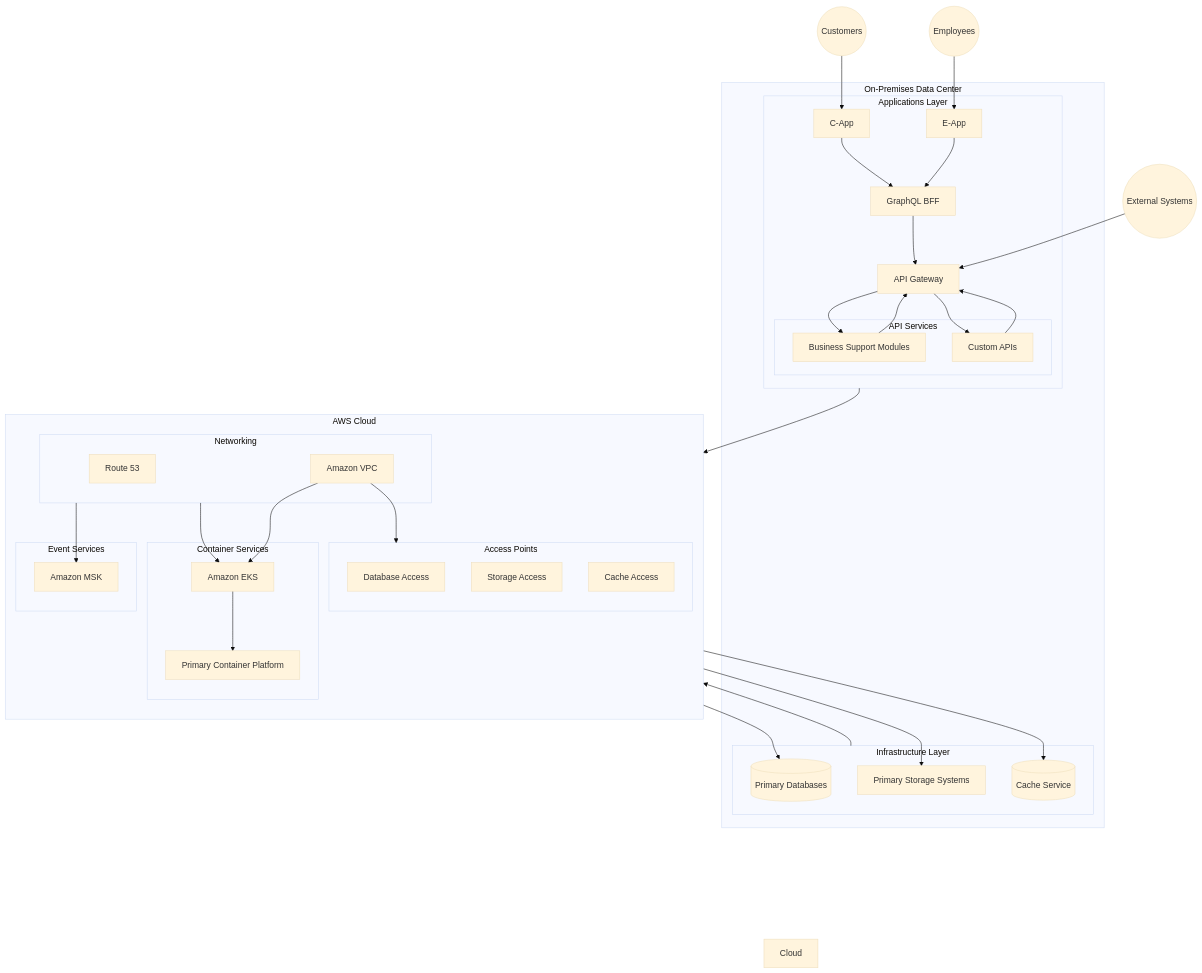
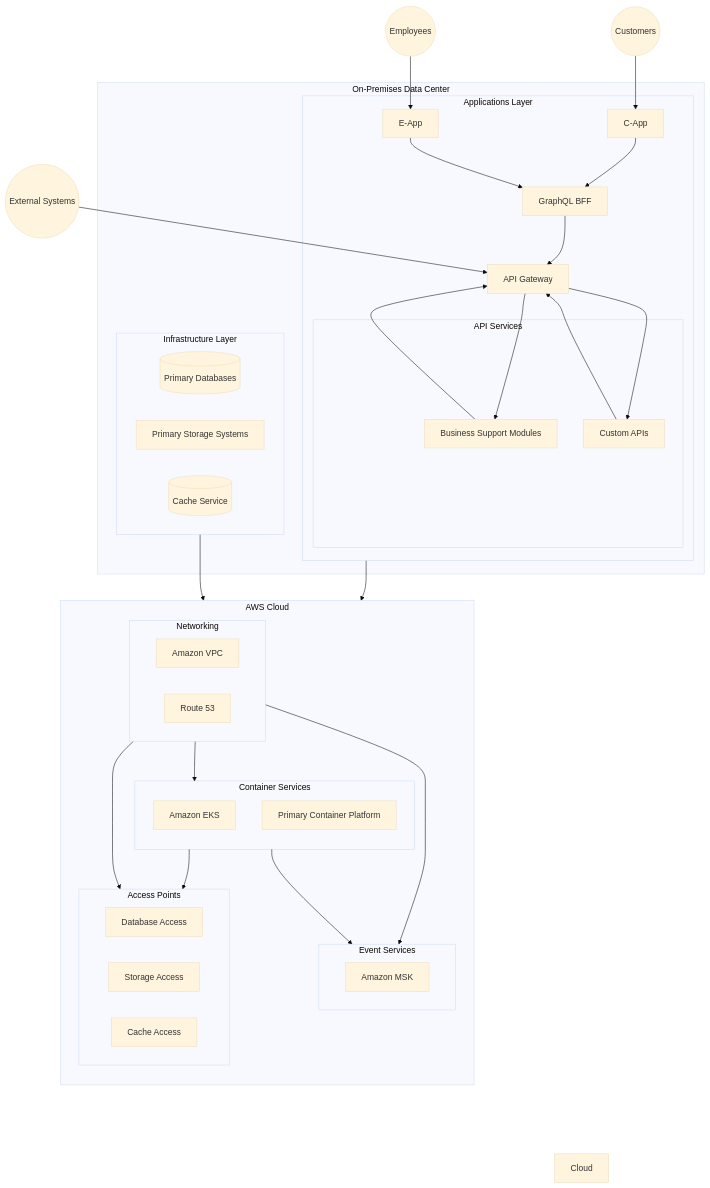
One commit to henryrestive/infra-docs changed the diagram in AWS-HybridCloud.md. Above: the diagram before and after it, drawn with Mermaid (base theme). The commit also changed 2 other files, not shown here.

Commit message:
Enhanced views

````diff
--- a/AWS-HybridCloud.md
+++ b/AWS-HybridCloud.md
@@ -77,15 +77,14 @@
     Employees --> EApp
     ExternalSystems --> Gateway
     Apps --> ContainerPlatform
+
+    %% Cloud connections
     Infrastructure --> Network
-    Network --> EKS
-    Network --> MSK
-    VPC --> EKS
-    EKS --> ContainerPlatform
-    VPC --> Access
-    DBAccess --> PrimaryDB
-    StorageAccess --> PrimaryStorage
-    CacheAccess --> CacheService
+    Network --> Access
+    Network --> Compute
+    Network --> Messaging
+    Compute --> Access
+    Compute --> Messaging
 
     classDef hidden opacity:0
 ```
````
